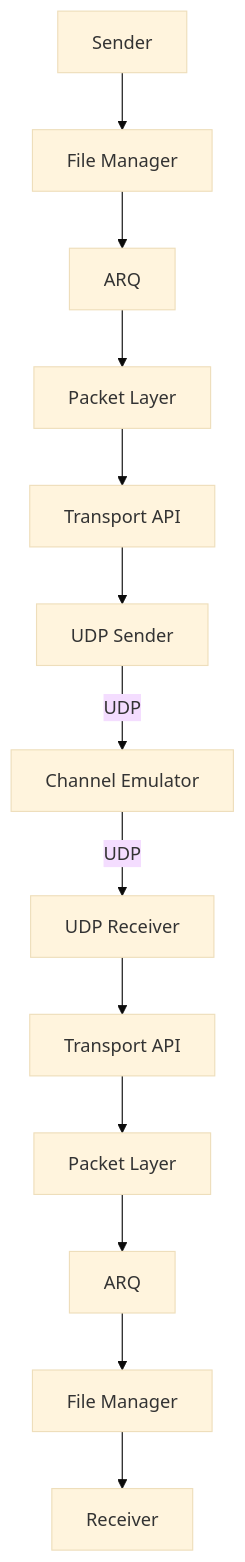
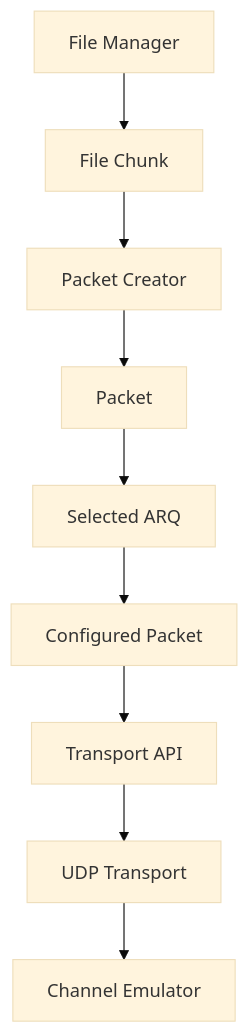
The third of 8 diagrams in docs/architecture.md (Siddharth-Nath-06/Reliable-UDP), drawn with Mermaid (base theme) before and after one commit. The commit also changed other lines of this file, not shown here.

Commit message:
correct and specify packet handler modules and responsibilty

````diff
--- a/docs/architecture.md
+++ b/docs/architecture.md
@@ -105,30 +132,22 @@
 ```mermaid
 flowchart TD
 
-    A[Sender]
-    B[File Manager]
-    C[ARQ]
-    D[Packet Layer]
-    E[Transport API]
-    F[UDP Sender]
-    G[Channel Emulator]
-    H[UDP Receiver]
-    I[Transport API]
-    J[Packet Layer]
-    K[ARQ]
-    L[File Manager]
-    M[Receiver]
+    A[File Manager]
+    B[File Chunk]
+    C[Packet Creator]
+    D[Packet]
+    E[Selected ARQ]
+    F[Configured Packet]
+    G[Transport API]
+    H[UDP Transport]
+    I[Channel Emulator]
 
     A --> B
     B --> C
     C --> D
     D --> E
     E --> F
-    F -->|UDP| G
-    G -->|UDP| H
+    F --> G
+    G --> H
     H --> I
-    I --> J
-    J --> K
-    K --> L
-    L --> M
 ```
````
